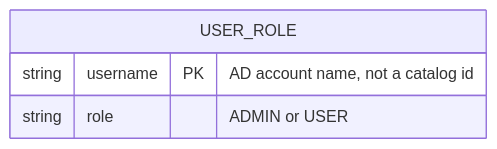
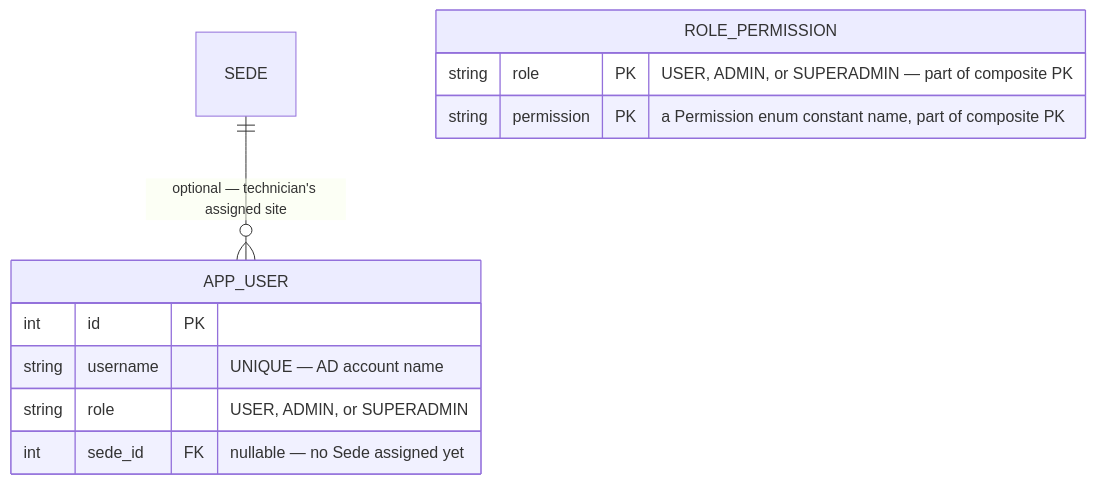
Before and after one commit to Bunshock/nexus-it: the third of 5 diagrams in docs/database.md, drawn with Mermaid. The commit also changed other lines of this file and 6 other files, not shown here.

First line of the commit message:
Update docs and config to match the RBAC/approval/return-tracking/schema feature batch

````diff
--- a/docs/database.md
+++ b/docs/database.md
@@ -85,8 +110,17 @@
 ```mermaid
 
 erDiagram
-    USER_ROLE {
-        string username PK "AD account name, not a catalog id"
-        string role "ADMIN or USER"
+    SEDE ||--o{ APP_USER : "optional — technician's assigned site"
+
+    APP_USER {
+        int id PK
+        string username "UNIQUE — AD account name"
+        string role "USER, ADMIN, or SUPERADMIN"
+        int sede_id FK "nullable — no Sede assigned yet"
+    }
+
+    ROLE_PERMISSION {
+        string role PK "USER, ADMIN, or SUPERADMIN — part of composite PK"
+        string permission PK "a Permission enum constant name, part of composite PK"
     }
 ```
````
